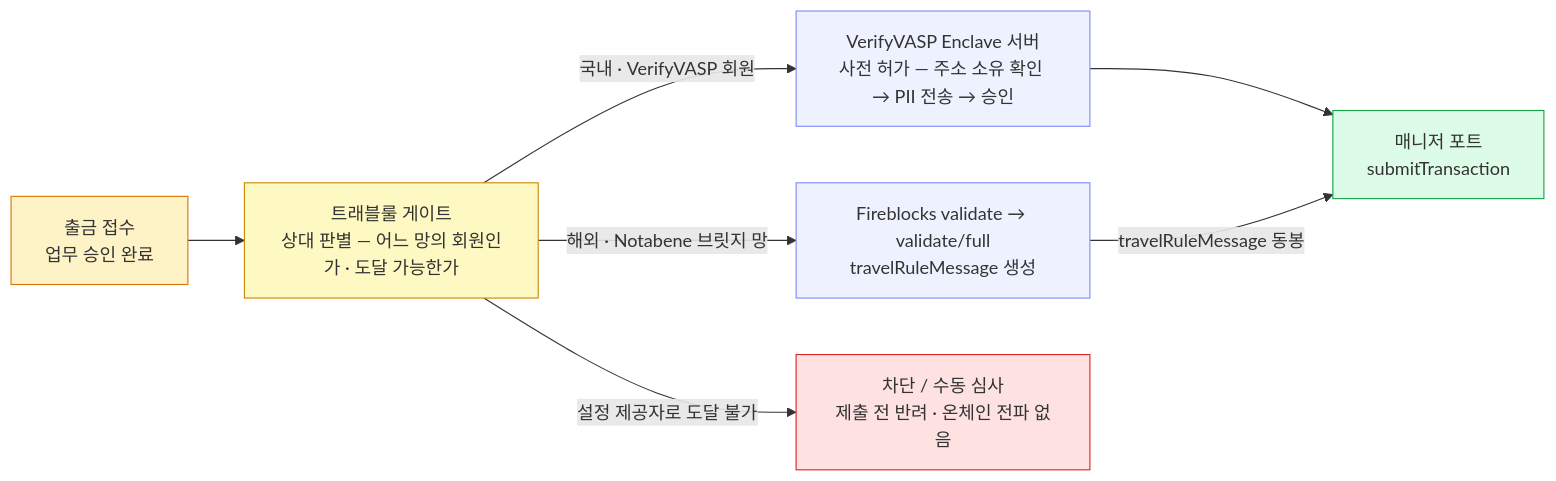
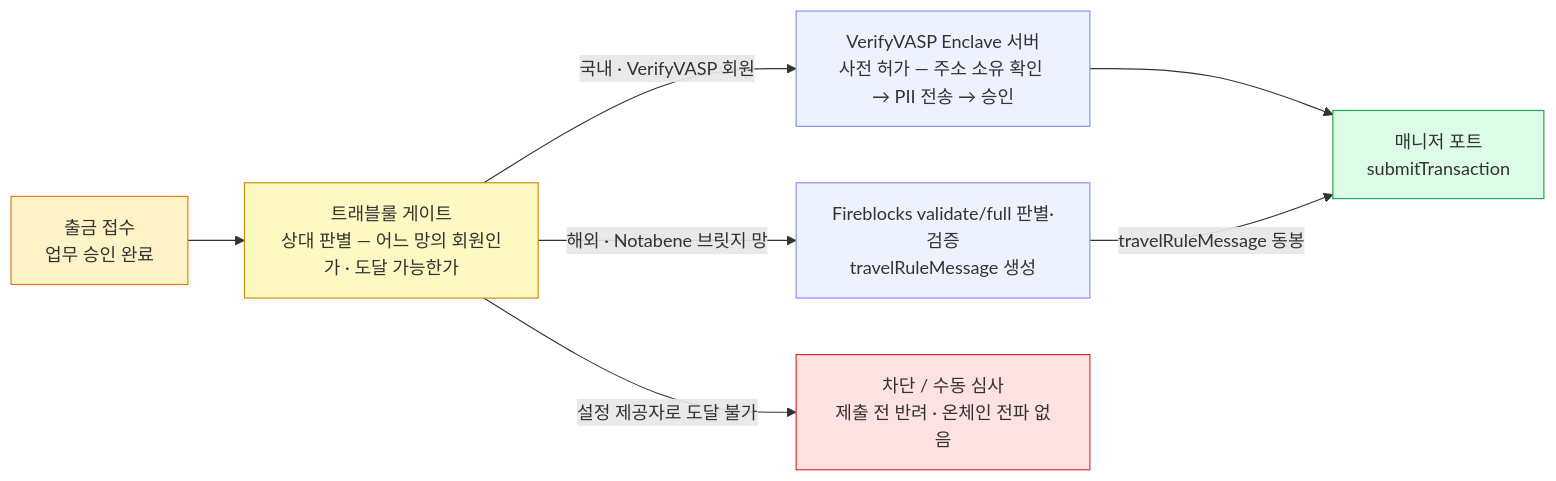
One commit to eunsujeo/eunpus changed the diagram in blockchain-manager/docs/트래블룰/설계/06-verifyvasp-parallel-gate.md. Above: the diagram before and after it, drawn with Mermaid. The commit also changed other lines of this file and 20 other files, not shown here.

Commit message:
컴플라이언스 서비스 문서 신설(범위·인터페이스·API 정본) + 트래블룰 문서 개명·validate/full 통일 + 문서 사이드바 메서드 배지

````diff
--- a/blockchain-manager/docs/트래블룰/설계/06-verifyvasp-parallel-gate.md
+++ b/blockchain-manager/docs/트래블룰/설계/06-verifyvasp-parallel-gate.md
@@ -59,20 +59,20 @@
 ```mermaid
 flowchart LR
     REQ["출금 접수<br/>업무 승인 완료"] --> GATE["트래블룰 게이트<br/>상대 판별 — 어느 망의 회원인가 · 도달 가능한가"]
     GATE -->|"국내 · VerifyVASP 회원"| VV["VerifyVASP Enclave 서버<br/>사전 허가 — 주소 소유 확인 → PII 전송 → 승인"]
-    GATE -->|"해외 · Notabene 브릿지 망"| NB["Fireblocks validate → validate/full<br/>travelRuleMessage 생성"]
+    GATE -->|"해외 · Notabene 브릿지 망"| NB["Fireblocks validate/full 판별·검증<br/>travelRuleMessage 생성"]
     GATE -->|"설정 제공자로 도달 불가"| BLK["차단 / 수동 심사<br/>제출 전 반려 · 온체인 전파 없음"]
     VV --> SUB["매니저 포트<br/>submitTransaction"]
     NB -->|"travelRuleMessage 동봉"| SUB
 
     classDef biz fill:#fef3c7,stroke:#d97706;
     classDef gate fill:#fef9c3,stroke:#ca8a04;
     classDef ext fill:#eef2ff,stroke:#818cf8;
     classDef port fill:#dcfce7,stroke:#16a34a;
     classDef bad fill:#fee2e2,stroke:#dc2626;
     class REQ biz
     class GATE gate
     class VV,NB ext
     class SUB port
     class BLK bad
 ```
````
